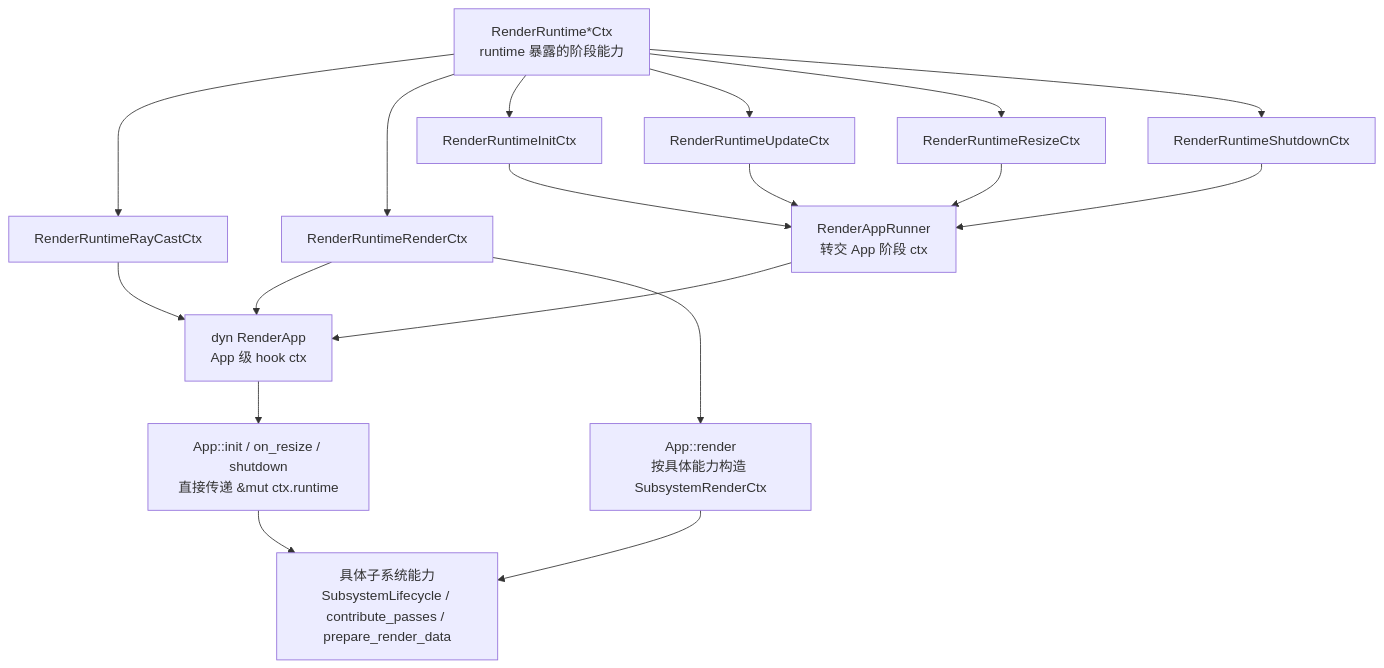
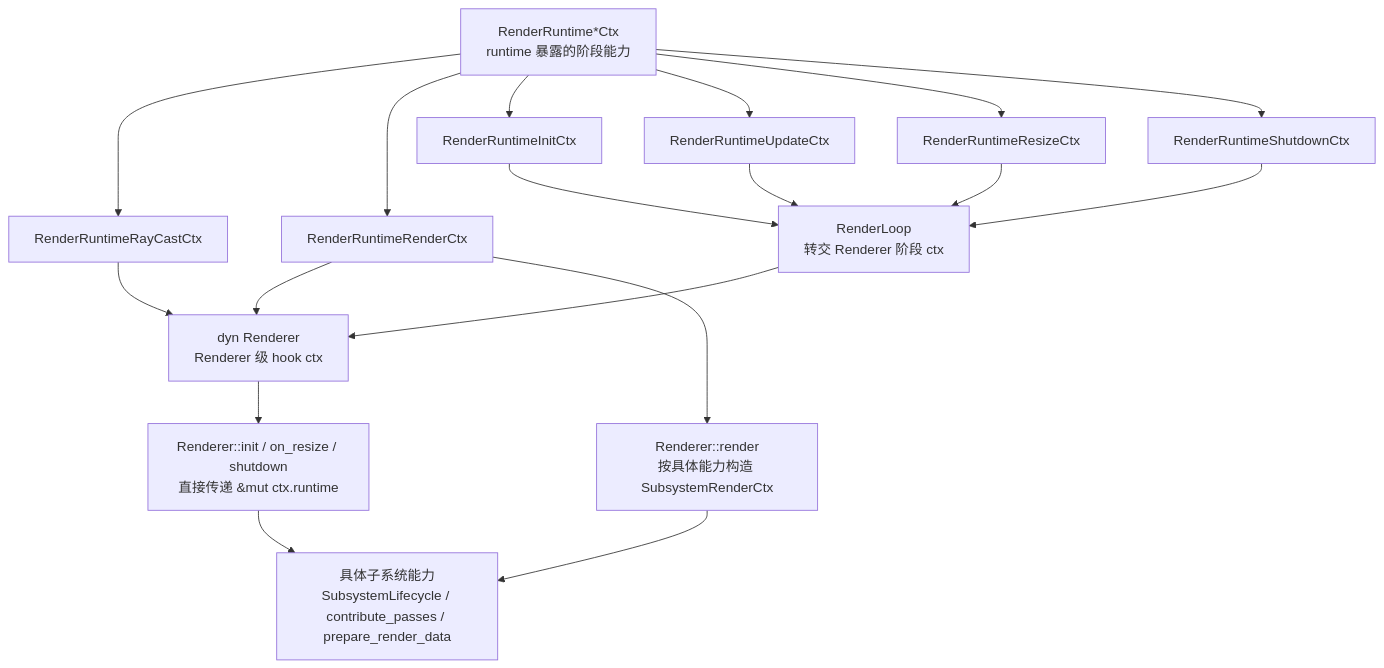
Before and after one commit to acccoco/TruvisRenderer: the fifth of 5 diagrams in docs/summaries/frame-lifecycle.md, drawn with Mermaid. The commit also changed other lines of this file and 102 other files, not shown here.

Commit message:
[update/refactor] 统一 Renderer 与 RenderLoop 命名

````diff
--- a/docs/summaries/frame-lifecycle.md
+++ b/docs/summaries/frame-lifecycle.md
@@ -143,30 +143,30 @@
 ```mermaid
 flowchart TB
     RuntimeCtx["RenderRuntime*Ctx<br/>runtime 暴露的阶段能力"]
     InitCtx["RenderRuntimeInitCtx"]
     UpdateCtx["RenderRuntimeUpdateCtx"]
     RayCtx["RenderRuntimeRayCastCtx"]
     RenderCtx["RenderRuntimeRenderCtx"]
     ResizeCtx["RenderRuntimeResizeCtx"]
     ShutdownCtx["RenderRuntimeShutdownCtx"]
     RuntimeCtx --> InitCtx
     RuntimeCtx --> UpdateCtx
     RuntimeCtx --> RayCtx
     RuntimeCtx --> RenderCtx
     RuntimeCtx --> ResizeCtx
     RuntimeCtx --> ShutdownCtx
-    Runner["RenderAppRunner<br/>转交 App 阶段 ctx"]
-    AppHooks["dyn RenderApp<br/>App 级 hook ctx"]
-    AppLifecycle["App::init / on_resize / shutdown<br/>直接传递 &mut ctx.runtime"]
-    AppRender["App::render<br/>按具体能力构造 SubsystemRenderCtx"]
+    RenderLoop["RenderLoop<br/>转交 Renderer 阶段 ctx"]
+    RendererHooks["dyn Renderer<br/>Renderer 级 hook ctx"]
+    RendererLifecycle["Renderer::init / on_resize / shutdown<br/>直接传递 &mut ctx.runtime"]
+    RendererRender["Renderer::render<br/>按具体能力构造 SubsystemRenderCtx"]
     Subsystem["具体子系统能力<br/>SubsystemLifecycle / contribute_passes / prepare_render_data"]
-    InitCtx --> Runner
-    UpdateCtx --> Runner
-    ResizeCtx --> Runner
-    ShutdownCtx --> Runner
-    RayCtx --> AppHooks
-    RenderCtx --> AppHooks
-    Runner --> AppHooks
-    AppHooks --> AppLifecycle --> Subsystem
-    RenderCtx --> AppRender --> Subsystem
+    InitCtx --> RenderLoop
+    UpdateCtx --> RenderLoop
+    ResizeCtx --> RenderLoop
+    ShutdownCtx --> RenderLoop
+    RayCtx --> RendererHooks
+    RenderCtx --> RendererHooks
+    RenderLoop --> RendererHooks
+    RendererHooks --> RendererLifecycle --> Subsystem
+    RenderCtx --> RendererRender --> Subsystem
 ```
````
